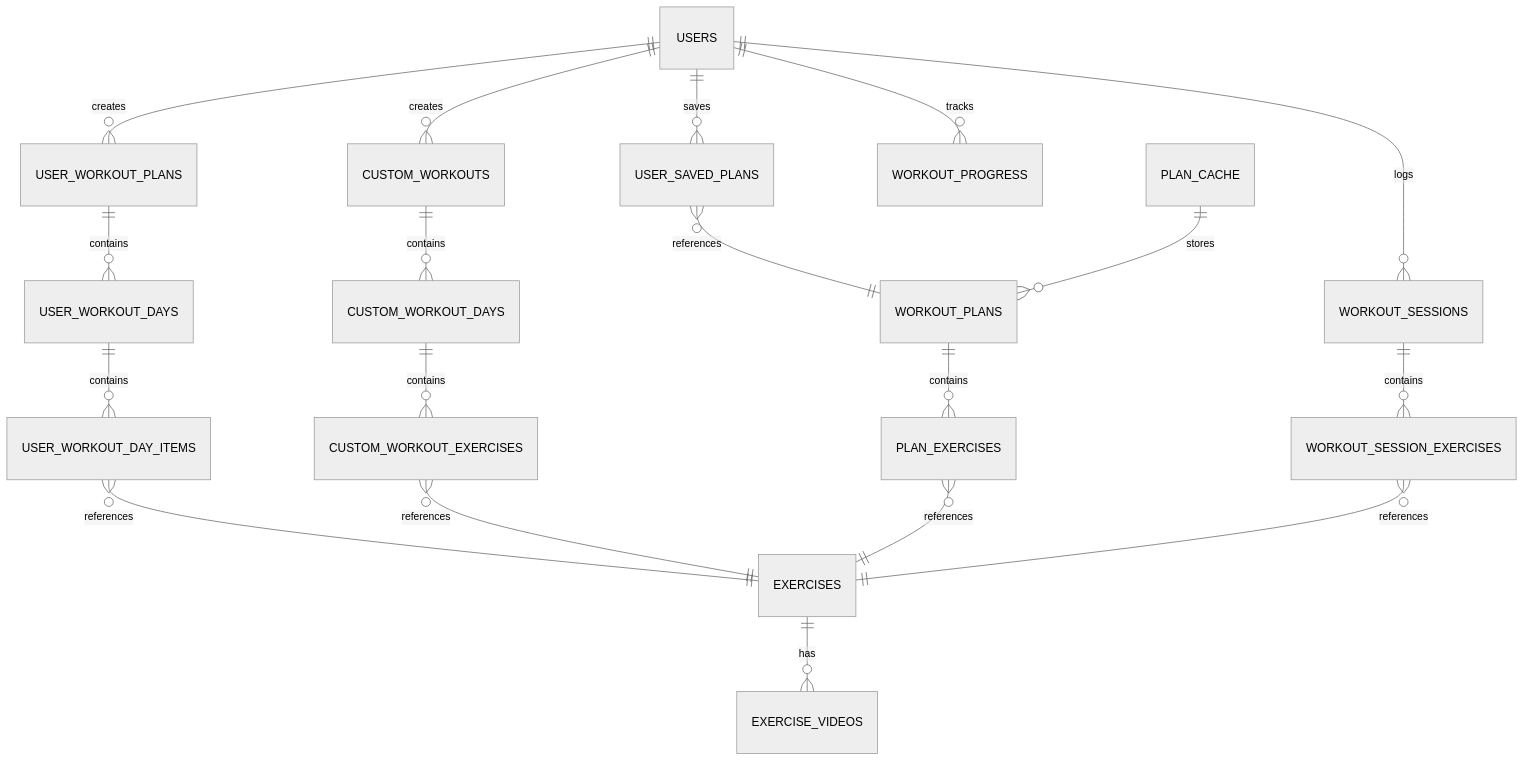
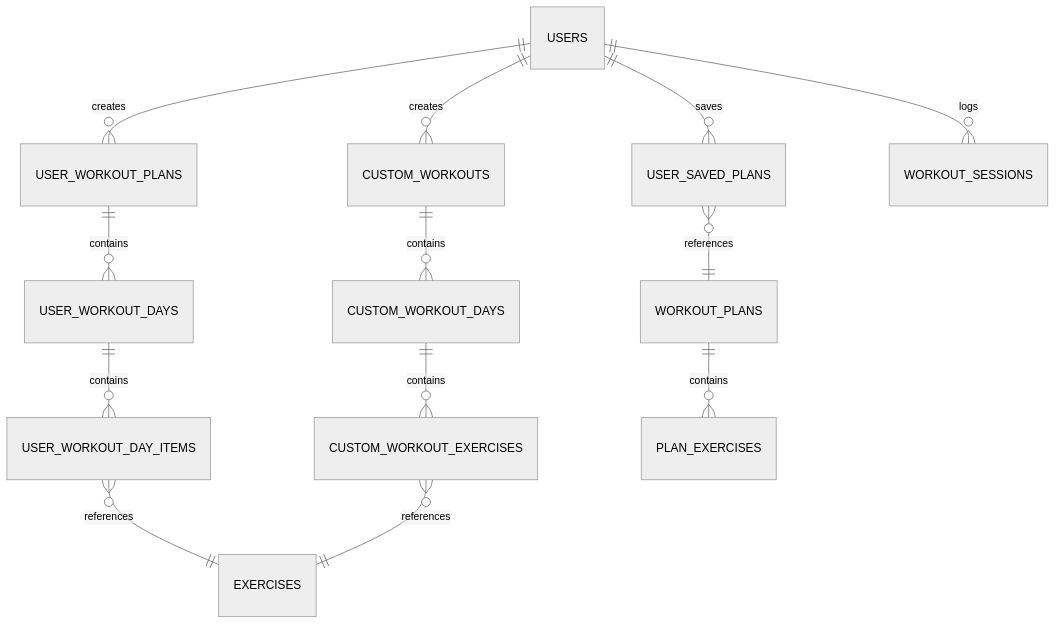
The first of 3 diagrams in DATABASE_ARCHITECTURE.md (moazanTUS/sculptfitt), drawn with Mermaid (neutral theme) before and after one commit. The commit also changed other lines of this file and 2 other files, not shown here.

````diff
--- a/DATABASE_ARCHITECTURE.md
+++ b/DATABASE_ARCHITECTURE.md
@@ -5,29 +5,19 @@
 ```mermaid
 erDiagram
     USERS ||--o{ USER_SAVED_PLANS : saves
     USERS ||--o{ USER_WORKOUT_PLANS : creates
     USERS ||--o{ CUSTOM_WORKOUTS : creates
     USERS ||--o{ WORKOUT_SESSIONS : logs
     
     USER_SAVED_PLANS }o--|| WORKOUT_PLANS : references
     USER_WORKOUT_PLANS ||--o{ USER_WORKOUT_DAYS : contains
     CUSTOM_WORKOUTS ||--o{ CUSTOM_WORKOUT_DAYS : contains
     
     USER_WORKOUT_DAYS ||--o{ USER_WORKOUT_DAY_ITEMS : contains
     CUSTOM_WORKOUT_DAYS ||--o{ CUSTOM_WORKOUT_EXERCISES : contains
     
     USER_WORKOUT_DAY_ITEMS }o--|| EXERCISES : references
     CUSTOM_WORKOUT_EXERCISES }o--|| EXERCISES : references
     
     WORKOUT_PLANS ||--o{ PLAN_EXERCISES : contains
-    PLAN_EXERCISES }o--|| EXERCISES : references
-    
-    EXERCISES ||--o{ EXERCISE_VIDEOS : has
-    
-    WORKOUT_SESSIONS ||--o{ WORKOUT_SESSION_EXERCISES : contains
-    WORKOUT_SESSION_EXERCISES }o--|| EXERCISES : references
-    
-    USERS ||--o{ WORKOUT_PROGRESS : tracks
-    
-    PLAN_CACHE ||--o{ WORKOUT_PLANS : stores
 ```
````
